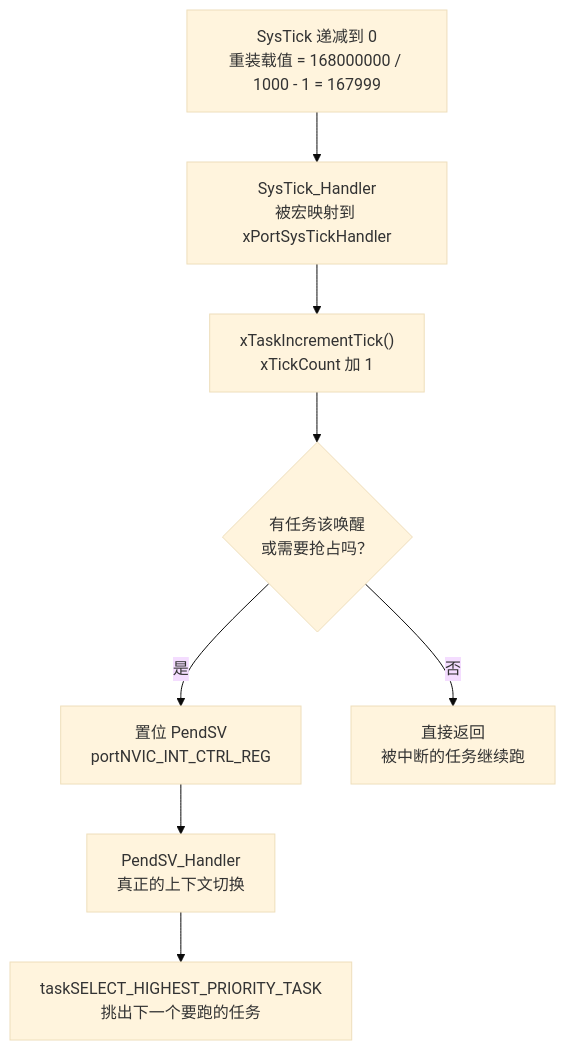
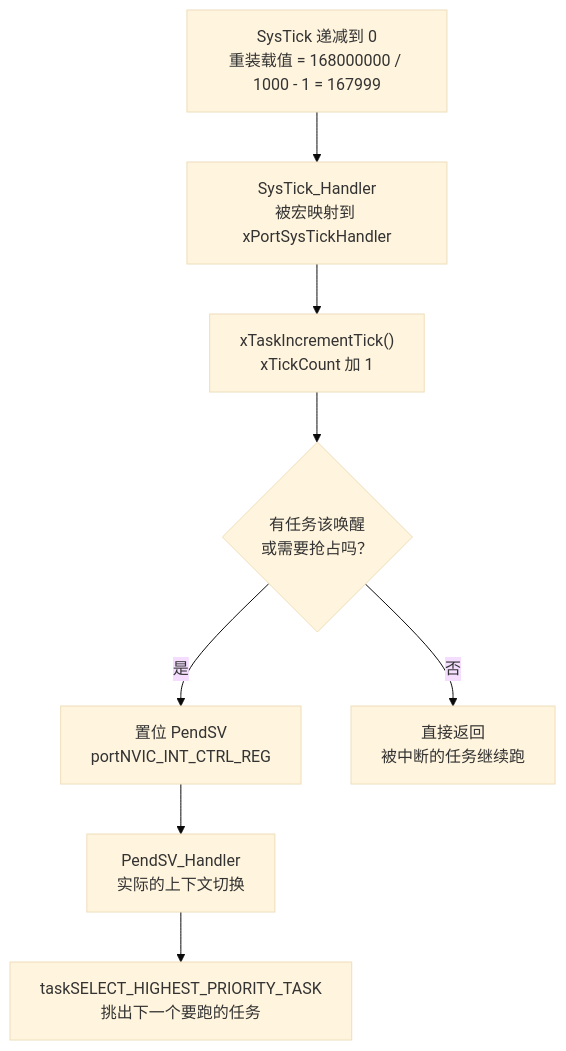
The second of 3 diagrams in docs/01-FreeRTOS/01-任务与调度/01-任务与调度基础.md (TC635807/TC63PersonalWebsite), drawn with Mermaid (base theme) before and after one commit. The commit also changed other lines of this file and 728 other files, not shown here.

````diff
--- a/docs/01-FreeRTOS/01-任务与调度/01-任务与调度基础.md
+++ b/docs/01-FreeRTOS/01-任务与调度/01-任务与调度基础.md
@@ -190,10 +182,10 @@
 ```mermaid
 flowchart TD
     A["SysTick 递减到 0<br/>重装载值 = 168000000 / 1000 - 1 = 167999"] --> B["SysTick_Handler<br/>被宏映射到 xPortSysTickHandler"]
     B --> C["xTaskIncrementTick()<br/>xTickCount 加 1"]
     C --> D{"有任务该唤醒<br/>或需要抢占吗？"}
     D -- "是" --> E["置位 PendSV<br/>portNVIC_INT_CTRL_REG"]
     D -- "否" --> F["直接返回<br/>被中断的任务继续跑"]
-    E --> G["PendSV_Handler<br/>真正的上下文切换"]
+    E --> G["PendSV_Handler<br/>实际的上下文切换"]
     G --> H["taskSELECT_HIGHEST_PRIORITY_TASK<br/>挑出下一个要跑的任务"]
 ```
````
